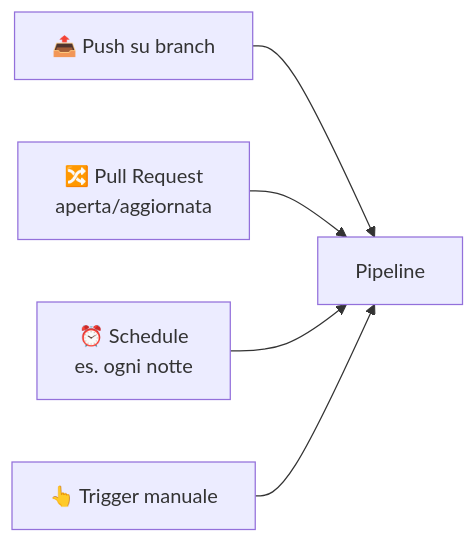
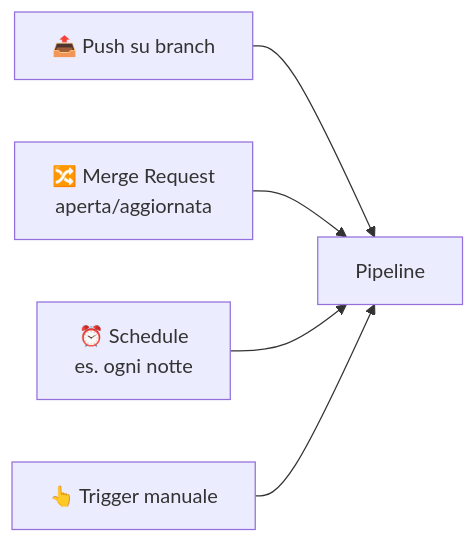
The second of 6 diagrams in docs/11-ci-cd/README.md (darioschioppi/corso-onboarding-devops), drawn with Mermaid before and after one commit. The commit also changed other lines of this file and 20 other files, not shown here.

````diff
--- a/docs/11-ci-cd/README.md
+++ b/docs/11-ci-cd/README.md
@@ -196,7 +198,7 @@
 ```mermaid
 flowchart LR
     T1[📤 Push su branch] --> P[Pipeline]
-    T2[🔀 Pull Request<br/>aperta/aggiornata] --> P
+    T2[🔀 Merge Request<br/>aperta/aggiornata] --> P
     T3[⏰ Schedule<br/>es. ogni notte] --> P
     T4[👆 Trigger manuale] --> P
 ```
````
